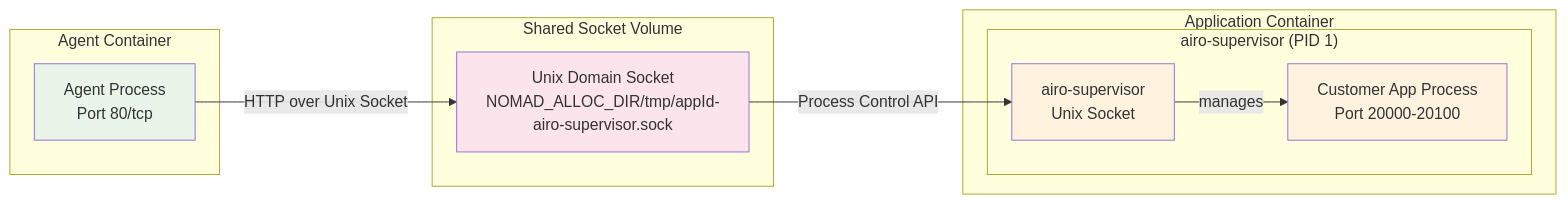
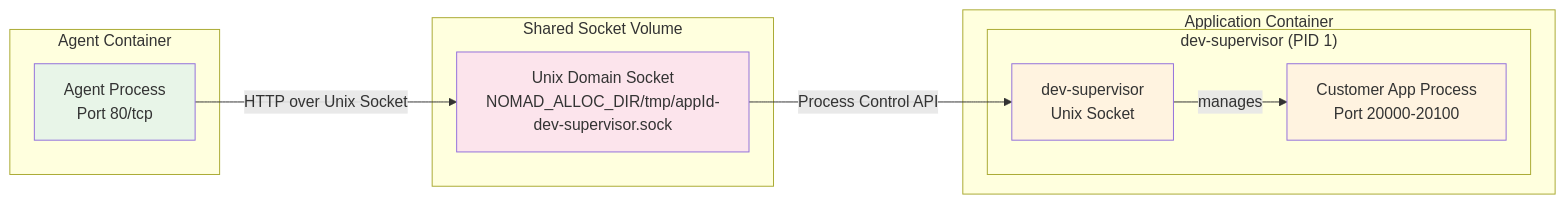
Before and after one commit to hsharif-godaddy/hackathon2026: the second of 2 diagrams in docs/onprem-hosting-architecture.md, drawn with Mermaid. The commit also changed other lines of this file and 110 other files, not shown here.

````diff
--- a/docs/onprem-hosting-architecture.md
+++ b/docs/onprem-hosting-architecture.md
@@ -149,28 +149,28 @@
 ```mermaid
 graph LR
     subgraph "Agent Container"
         AC[Agent Process<br/>Port 80/tcp]
     end
 
     subgraph "Application Container"
-        subgraph "airo-supervisor (PID 1)"
-            DS[airo-supervisor<br/>Unix Socket]
+        subgraph "dev-supervisor (PID 1)"
+            DS[dev-supervisor<br/>Unix Socket]
             DS --> |manages| APP[Customer App Process<br/>Port 20000-20100]
         end
     end
 
     subgraph "Shared Socket Volume"
-        SOCK[Unix Domain Socket<br/>NOMAD_ALLOC_DIR/tmp/appId-airo-supervisor.sock]
+        SOCK[Unix Domain Socket<br/>NOMAD_ALLOC_DIR/tmp/appId-dev-supervisor.sock]
     end
 
     AC -->|HTTP over Unix Socket| SOCK
     SOCK -->|Process Control API| DS
 
     classDef agent fill:#e8f5e8
     classDef app fill:#fff3e0
     classDef socket fill:#fce4ec
 
     class AC agent
     class DS,APP app
     class SOCK socket
 ```
````
